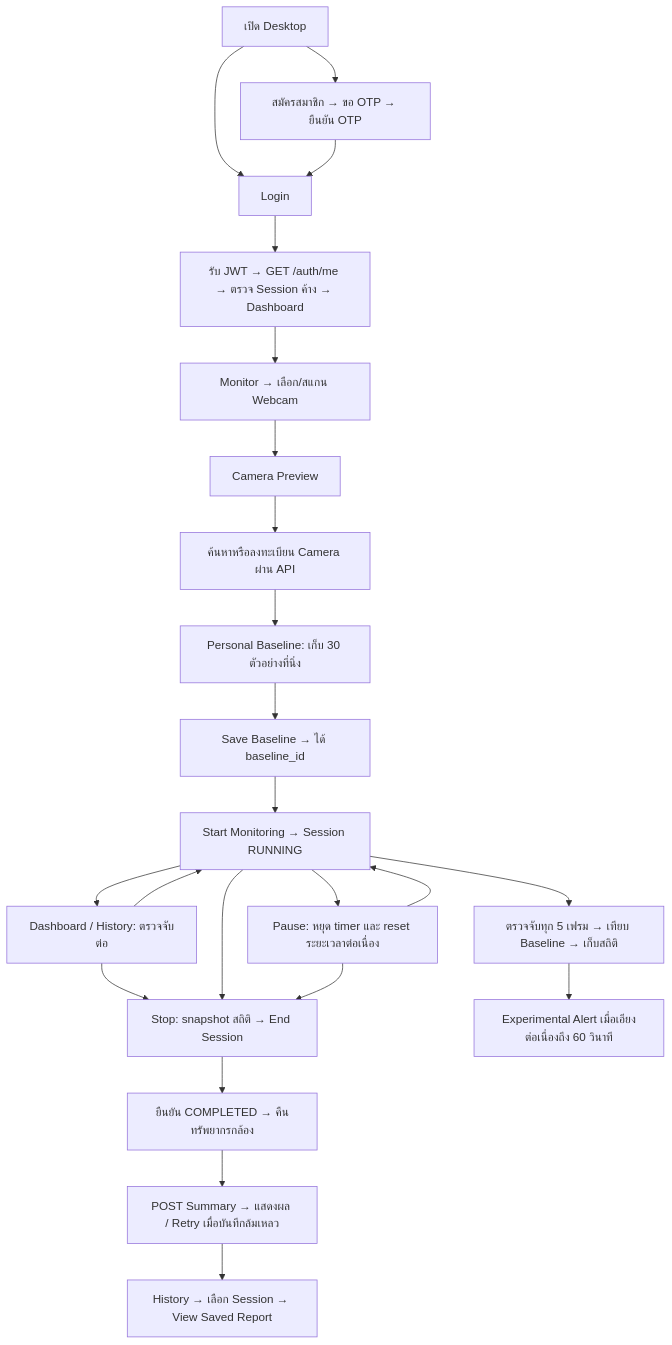
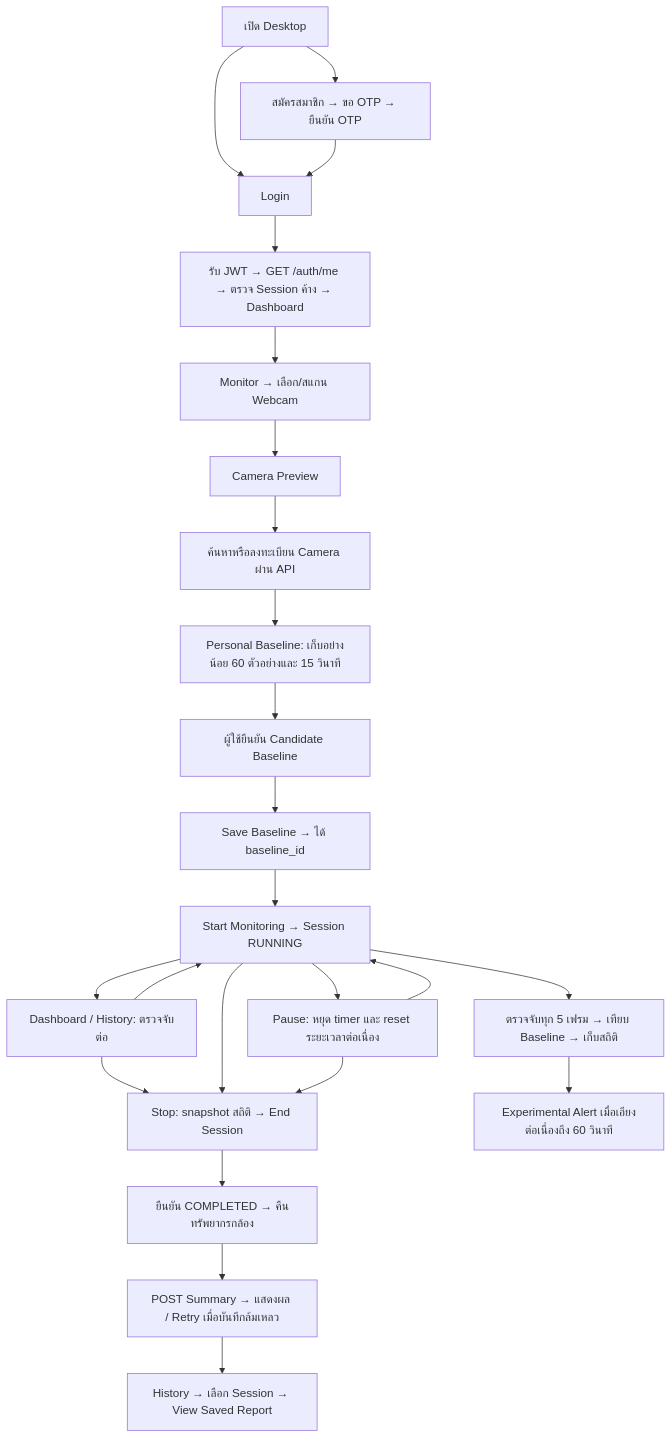
Before and after one commit to nameisnoric/PostGuard: the diagram in docs/FLOW_AND_TEST_REPORT.md, drawn with Mermaid. The commit also changed other lines of this file and 11 other files, not shown here.

````diff
--- a/docs/FLOW_AND_TEST_REPORT.md
+++ b/docs/FLOW_AND_TEST_REPORT.md
@@ -7,25 +16,26 @@
 ```mermaid
 flowchart TD
     A[เปิด Desktop] --> B[Login]
     A --> R[สมัครสมาชิก → ขอ OTP → ยืนยัน OTP]
     R --> B
     B --> C[รับ JWT → GET /auth/me → ตรวจ Session ค้าง → Dashboard]
     C --> D[Monitor → เลือก/สแกน Webcam]
     D --> E[Camera Preview]
     E --> F[ค้นหาหรือลงทะเบียน Camera ผ่าน API]
-    F --> G[Personal Baseline: เก็บ 30 ตัวอย่างที่นิ่ง]
-    G --> H[Save Baseline → ได้ baseline_id]
+    F --> G[Personal Baseline: เก็บอย่างน้อย 60 ตัวอย่างและ 15 วินาที]
+    G --> CFM[ผู้ใช้ยืนยัน Candidate Baseline]
+    CFM --> H[Save Baseline → ได้ baseline_id]
     H --> I[Start Monitoring → Session RUNNING]
     I --> N[Dashboard / History: ตรวจจับต่อ]
     N --> I
     N --> S
     I --> J[ตรวจจับทุก 5 เฟรม → เทียบ Baseline → เก็บสถิติ]
     J --> K[Experimental Alert เมื่อเอียงต่อเนื่องถึง 60 วินาที]
     I --> P[Pause: หยุด timer และ reset ระยะเวลาต่อเนื่อง]
     P --> I
     I --> S[Stop: snapshot สถิติ → End Session]
     P --> S
     S --> T[ยืนยัน COMPLETED → คืนทรัพยากรกล้อง]
     T --> U[POST Summary → แสดงผล / Retry เมื่อบันทึกล้มเหลว]
     U --> V[History → เลือก Session → View Saved Report]
 ```
````
